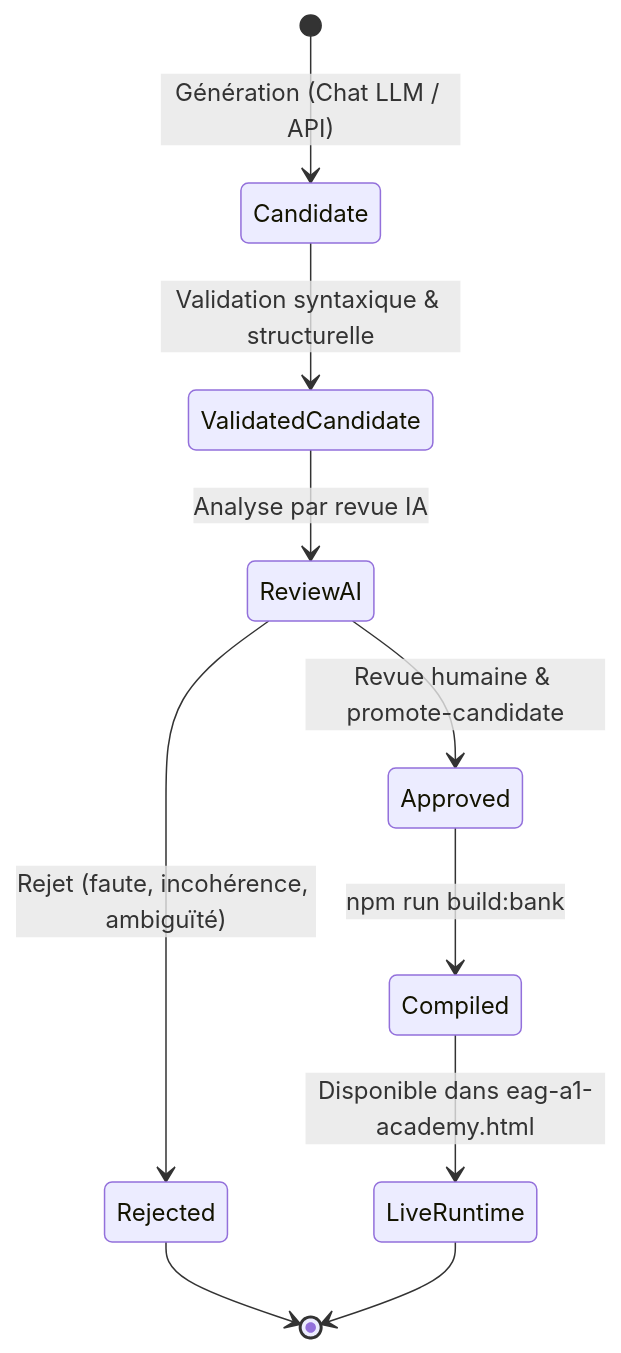
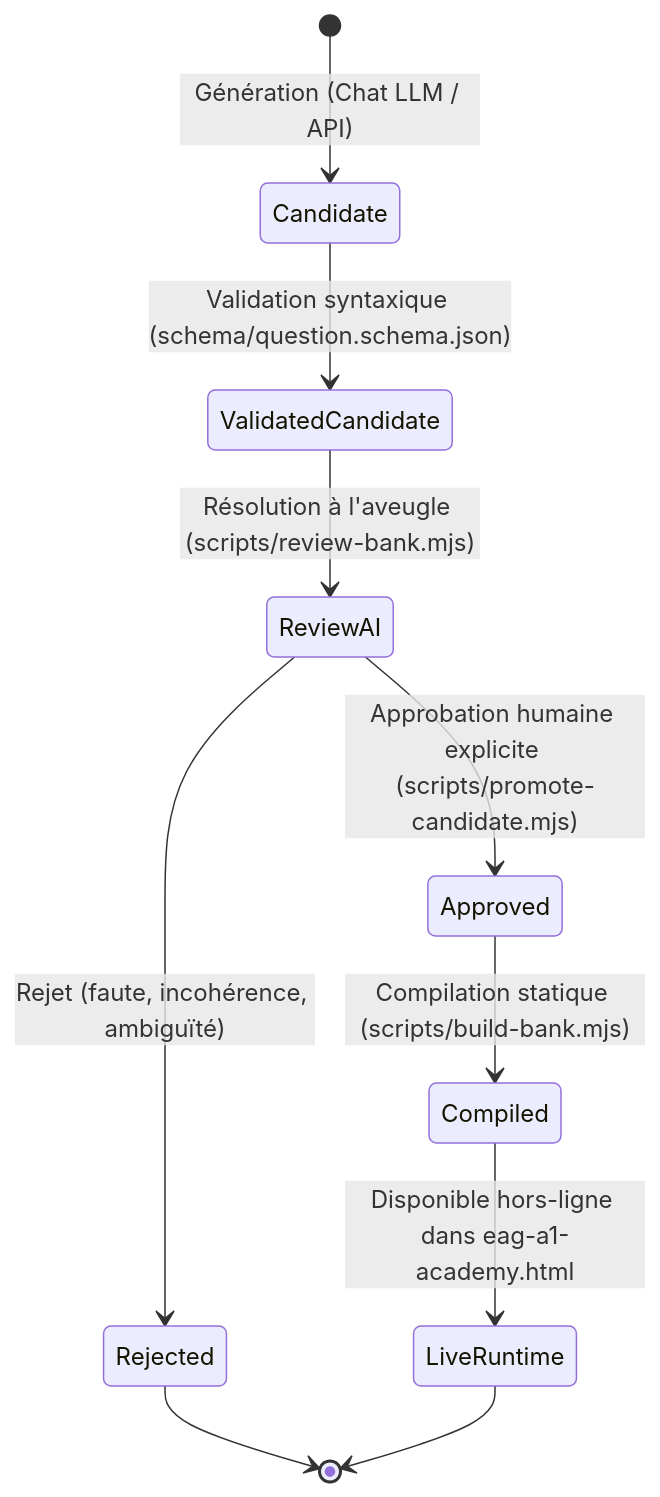
Before and after one commit to hdjebar/eag-a1-academy: the second of 2 diagrams in docs/ARCHITECTURE.md, drawn with Mermaid. The commit also changed other lines of this file and 5 other files, not shown here.

Commit message:
docs: improve project documentation, architecture, research index and JSDoc annotations

````diff
--- a/docs/ARCHITECTURE.md
+++ b/docs/ARCHITECTURE.md
@@ -115,12 +118,12 @@
 ```mermaid
 stateDiagram-v2
     [*] --> Candidate: Génération (Chat LLM / API)
-    Candidate --> ValidatedCandidate: Validation syntaxique & structurelle
-    ValidatedCandidate --> ReviewAI: Analyse par revue IA
-    ReviewAI --> Approved: Revue humaine & promote-candidate
+    Candidate --> ValidatedCandidate: Validation syntaxique (schema/question.schema.json)
+    ValidatedCandidate --> ReviewAI: Résolution à l'aveugle (scripts/review-bank.mjs)
+    ReviewAI --> Approved: Approbation humaine explicite (scripts/promote-candidate.mjs)
     ReviewAI --> Rejected: Rejet (faute, incohérence, ambiguïté)
-    Approved --> Compiled: npm run build:bank
-    Compiled --> LiveRuntime: Disponible dans eag-a1-academy.html
+    Approved --> Compiled: Compilation statique (scripts/build-bank.mjs)
+    Compiled --> LiveRuntime: Disponible hors-ligne dans eag-a1-academy.html
     Rejected --> [*]
     LiveRuntime --> [*]
 ```
````
